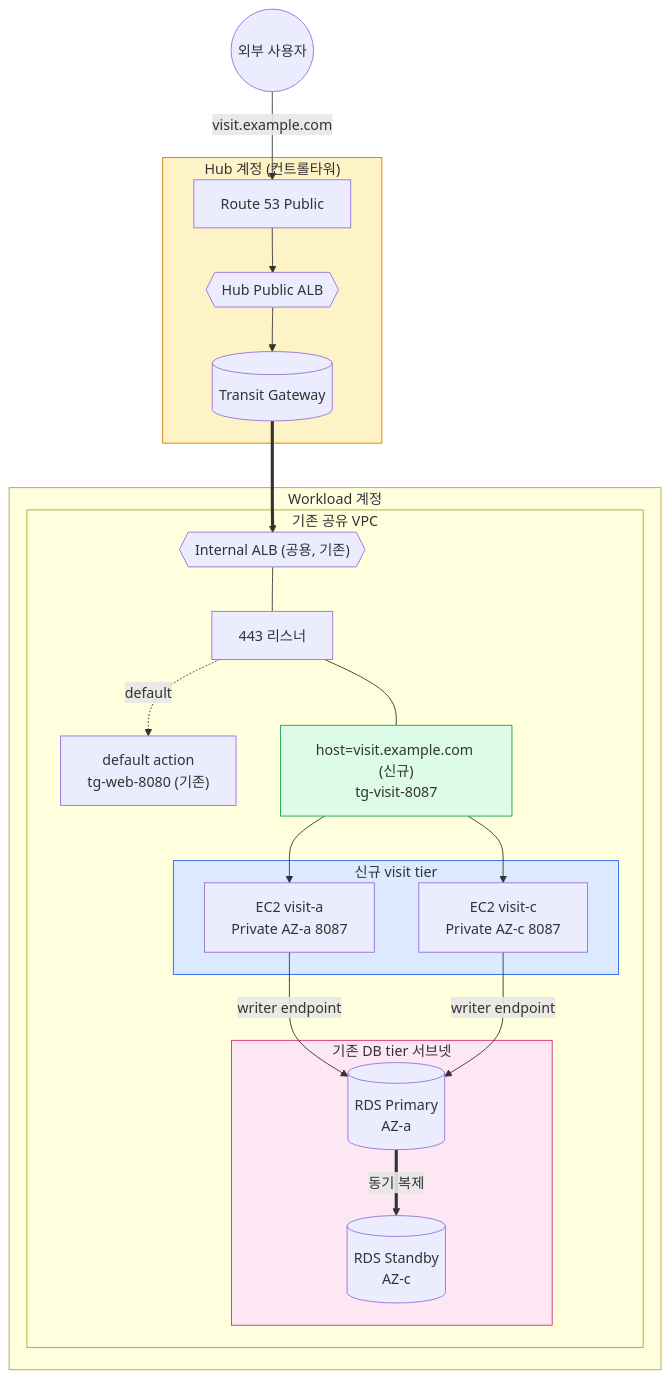
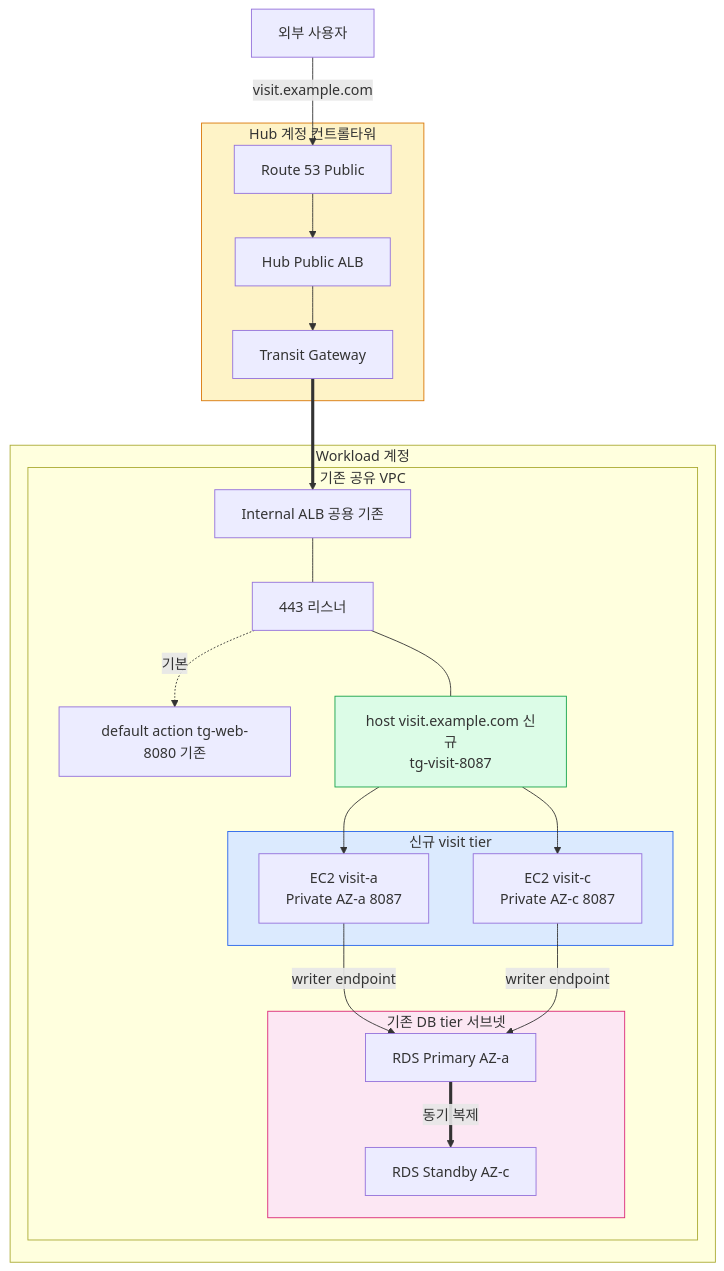
One commit to dasoldasol/dasoldasol.github.io changed the first of 2 diagrams in _posts/2026-05-07-aws-shared-vpc-new-service-tier.md. Above: the diagram before and after it, drawn with Mermaid.

Commit message:
fix: 큰 그림 mermaid 다이어그램 보수적 단순화 (v11 호환)

````diff
--- a/_posts/2026-05-07-aws-shared-vpc-new-service-tier.md
+++ b/_posts/2026-05-07-aws-shared-vpc-new-service-tier.md
@@ -31,48 +31,48 @@
 ```mermaid
 flowchart TB
-    Ext((외부 사용자))
+    Ext[외부 사용자]
 
-    subgraph Hub["Hub 계정 (컨트롤타워)"]
+    subgraph Hub["Hub 계정 컨트롤타워"]
         R53[Route 53 Public]
-        HubALB{{"Hub Public ALB"}}
-        TGW[(Transit Gateway)]
+        HubALB[Hub Public ALB]
+        TGW[Transit Gateway]
         R53 --> HubALB --> TGW
     end
 
     Ext -->|visit.example.com| R53
 
     subgraph Work["Workload 계정"]
         subgraph VPC["기존 공유 VPC"]
-            IALB{{"Internal ALB (공용, 기존)"}}
-            L443["443 리스너"]
-            DEFAULT["default action<br/>tg-web-8080 (기존)"]
-            RULE["host=visit.example.com (신규)<br/>tg-visit-8087"]
+            IALB[Internal ALB 공용 기존]
+            L443[443 리스너]
+            DEFAULT[default action tg-web-8080 기존]
+            RULE["host visit.example.com 신규<br/>tg-visit-8087"]
             IALB --- L443
-            L443 -. default .-> DEFAULT
+            L443 -.->|기본| DEFAULT
             L443 --- RULE
 
             subgraph Visit["신규 visit tier"]
                 EC2A["EC2 visit-a<br/>Private AZ-a 8087"]
                 EC2C["EC2 visit-c<br/>Private AZ-c 8087"]
             end
 
-            subgraph DB["기존 DB tier 서브넷"]
-                RDSP[("RDS Primary<br/>AZ-a")]
-                RDSS[("RDS Standby<br/>AZ-c")]
+            subgraph DBTier["기존 DB tier 서브넷"]
+                RDSP[RDS Primary AZ-a]
+                RDSS[RDS Standby AZ-c]
                 RDSP ==>|동기 복제| RDSS
             end
 
             RULE --> EC2A
             RULE --> EC2C
             EC2A -->|writer endpoint| RDSP
             EC2C -->|writer endpoint| RDSP
         end
     end
 
     TGW ==> IALB
 
     style Hub fill:#fef3c7,stroke:#d97706
     style Visit fill:#dbeafe,stroke:#2563eb
     style RULE fill:#dcfce7,stroke:#16a34a
-    style DB fill:#fce7f3,stroke:#db2777
+    style DBTier fill:#fce7f3,stroke:#db2777
 ```
````
